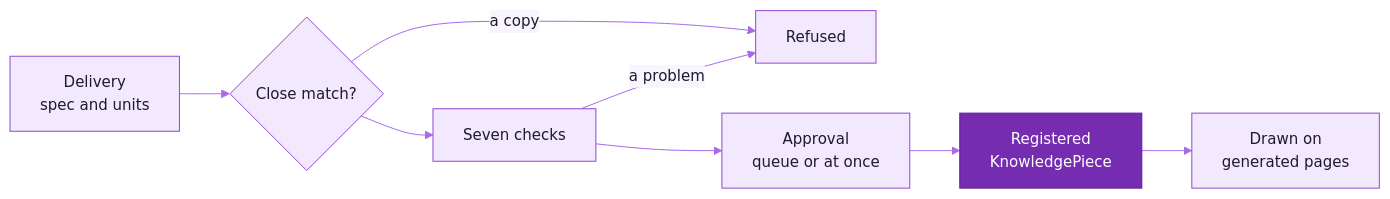
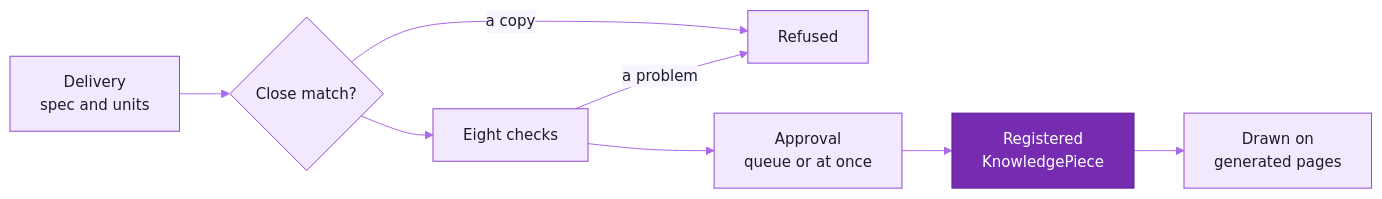
One commit to ankits1802/science-behind-craft changed the diagram in backend/app/data/contributor/contracts/component-specs-general.md. Above: the diagram before and after it, drawn with Mermaid. The commit also changed other lines of this file and 83 other files, not shown here.

````diff
--- a/backend/app/data/contributor/contracts/component-specs-general.md
+++ b/backend/app/data/contributor/contracts/component-specs-general.md
@@ -17,13 +17,13 @@
 ```mermaid
 %%{init: {"theme":"base","fontFamily":"Inter, ui-sans-serif, system-ui, -apple-system, Segoe UI, Roboto, Helvetica, Arial, sans-serif","themeVariables":{"fontSize":"15px","primaryColor":"#F2E9FE","primaryTextColor":"#1E1B2E","primaryBorderColor":"#9148D2","secondaryColor":"#FAEECD","secondaryTextColor":"#1E1B2E","secondaryBorderColor":"#CD9200","tertiaryColor":"#F3F1FA","tertiaryTextColor":"#1E1B2E","tertiaryBorderColor":"#A7A3BC","mainBkg":"#F2E9FE","nodeBorder":"#9148D2","nodeTextColor":"#1E1B2E","lineColor":"#AA69E9","textColor":"#857F9E","edgeLabelBackground":"#F9F5FF","clusterBkg":"#F9F5FF","clusterBorder":"#D6B6FB","titleColor":"#762CB1"}}}%%
 flowchart LR
   D["Delivery<br/>spec and units"] --> M{"Close match?"}
   M -->|a copy| X["Refused"]
-  M --> C["Seven checks"]
+  M --> C["Eight checks"]
   C -->|a problem| X
   C --> R["Approval<br/>queue or at once"]
   R --> REG["Registered<br/>KnowledgePiece"]
   REG --> P["Drawn on<br/>generated pages"]
   classDef accent fill:#762CB1,stroke:#5F1C93,color:#FFFFFF
   class REG accent
 ```
````
